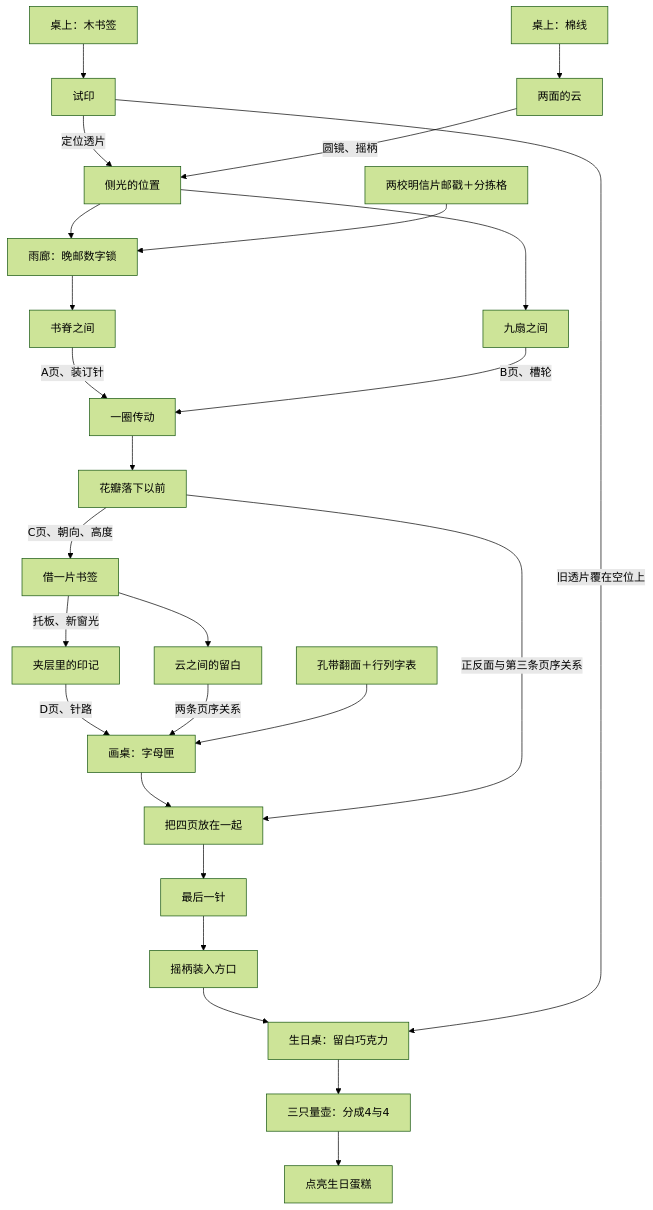
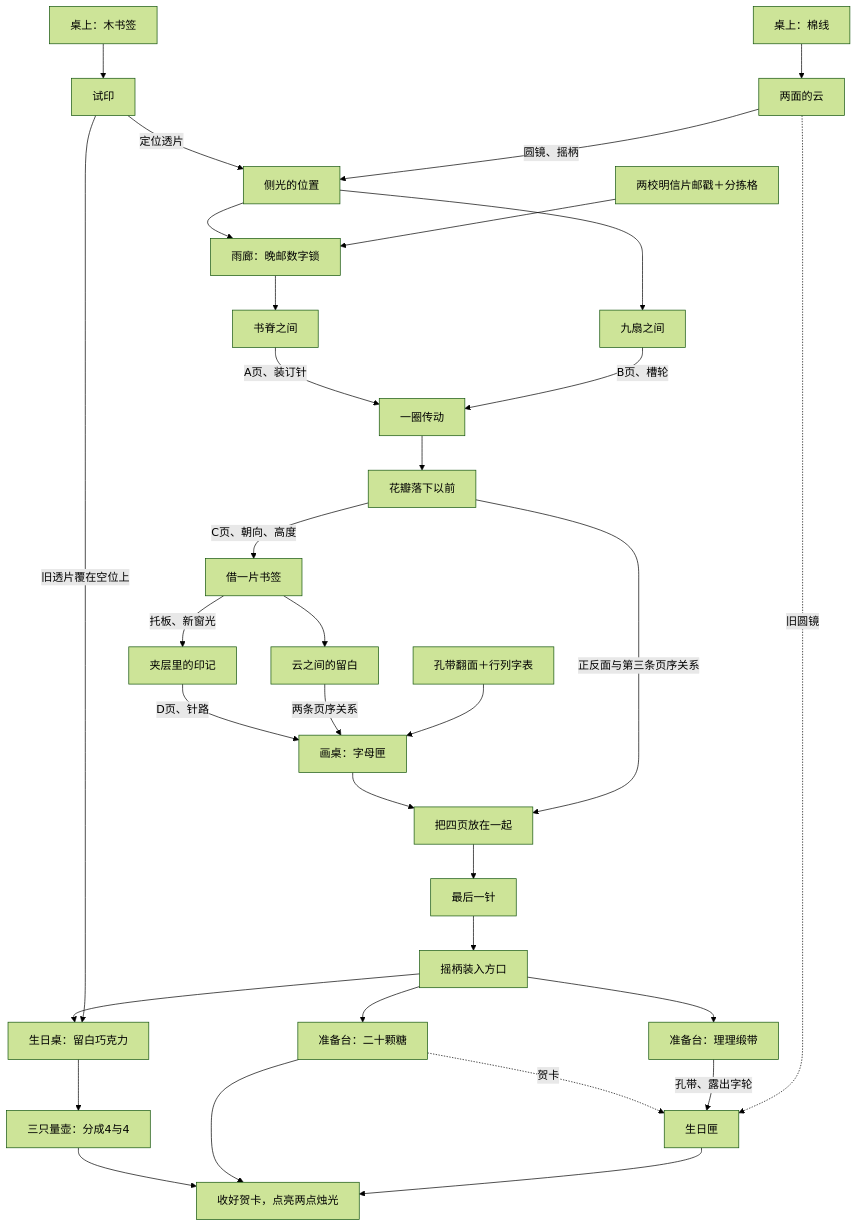
Before and after one commit to liu2024whu-bit/smallgame: the diagram in docs/puzzle-design.md, drawn with Mermaid (forest theme). The commit also changed other lines of this file and 79 other files, not shown here.

````diff
--- a/docs/puzzle-design.md
+++ b/docs/puzzle-design.md
@@ -7,28 +7,35 @@
 ```mermaid
 flowchart TD
     W[桌上：木书签] --> P[试印]
     T[桌上：棉线] --> C[两面的云]
     P -->|定位透片| L[侧光的位置]
     C -->|圆镜、摇柄| L
     L --> N[雨廊：晚邮数字锁]
     PM[两校明信片邮戳＋分拣格] --> N
     N --> B[书脊之间]
     L --> S[九扇之间]
     B -->|A页、装订针| R[一圈传动]
     S -->|B页、槽轮| R
     R --> F[花瓣落下以前]
     F -->|C页、朝向、高度| H[借一片书签]
     H -->|托板、新窗光| PB[夹层里的印记]
     H --> CG[云之间的留白]
     PB -->|D页、针路| K[画桌：字母匣]
     CG -->|两条页序关系| K
     CS[孔带翻面＋行列字表] --> K
     K --> A[把四页放在一起]
     F -->|正反面与第三条页序关系| A
     A --> ST[最后一针]
     ST --> HD[摇柄装入方口]
     HD --> CH[生日桌：留白巧克力]
     P -->|旧透片覆在空位上| CH
     CH --> CO[三只量壶：分成4与4]
-    CO --> E[点亮生日蛋糕]
+    HD --> SU[准备台：二十颗糖]
+    HD --> RI[准备台：理理缎带]
+    SU -.贺卡.-> BL[生日匣]
+    RI -->|孔带、露出字轮| BL
+    C -.旧圆镜.-> BL
+    CO --> E[收好贺卡，点亮两点烛光]
+    SU --> E
+    BL --> E
 ```
````
